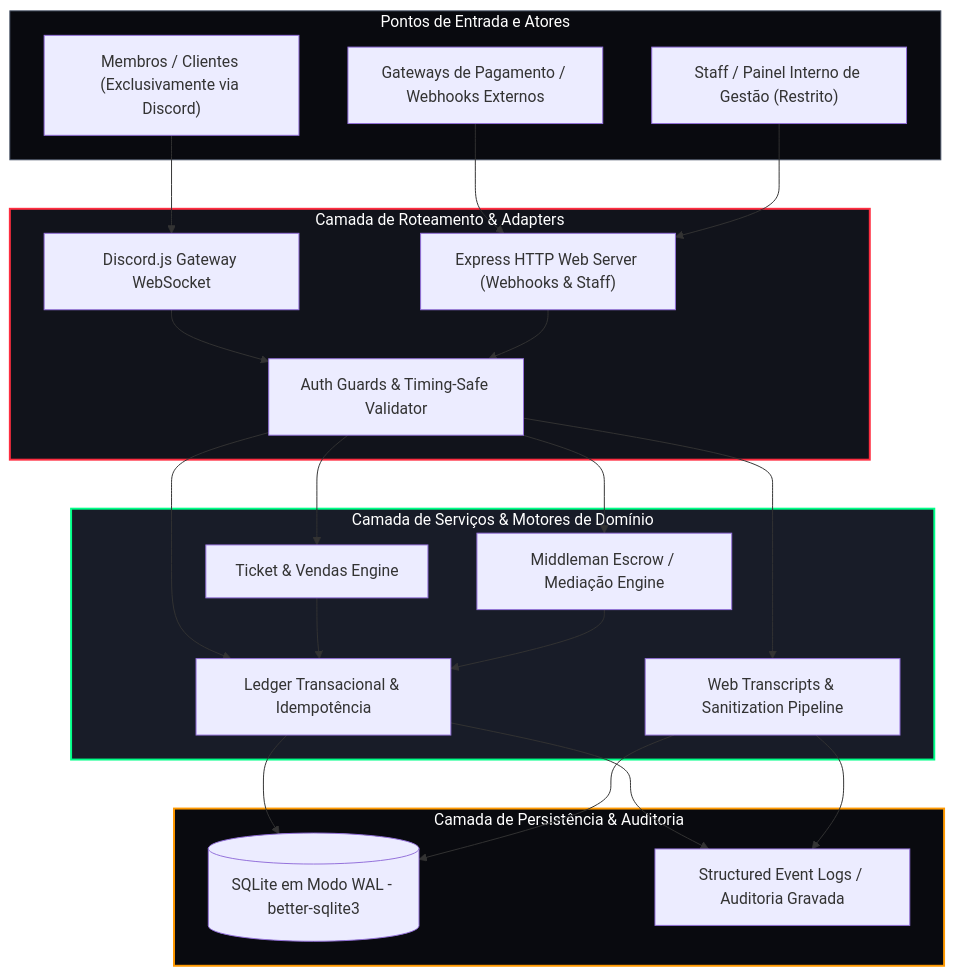
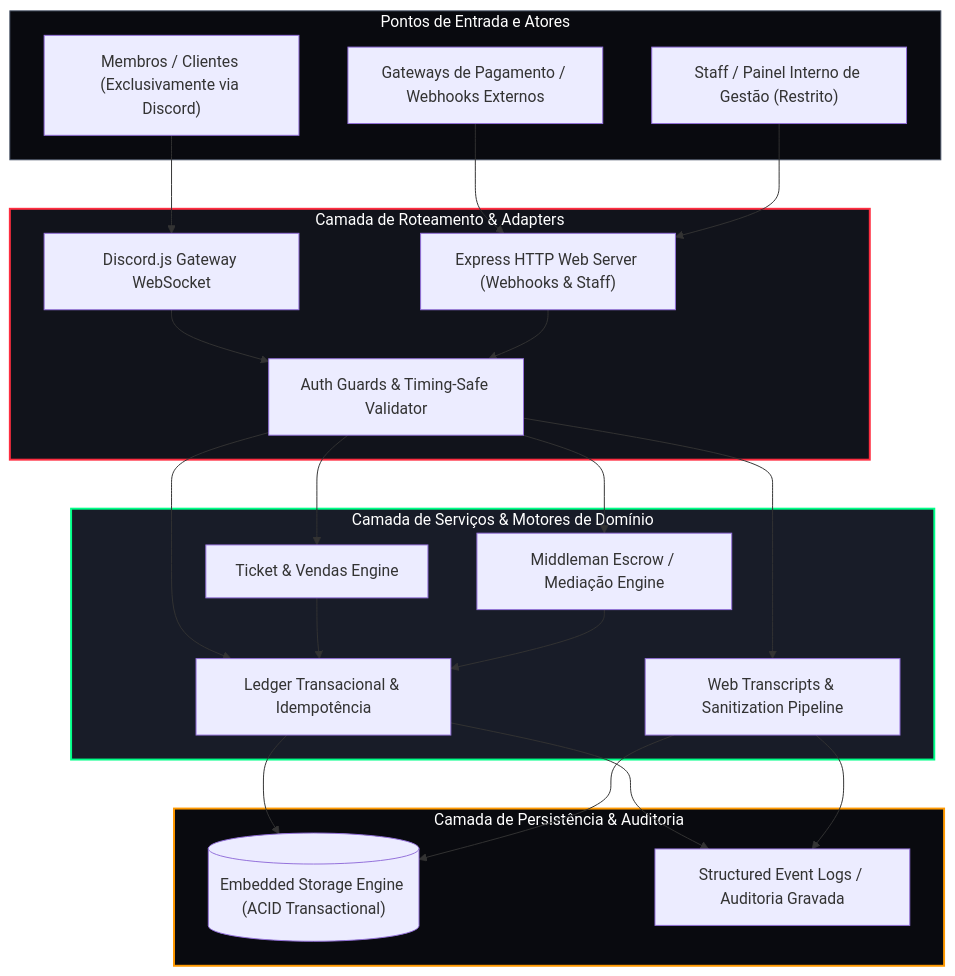
The first of 2 diagrams in ARCHITECTURE.md (HellDevsStudio/hellcore-showcase), drawn with Mermaid before and after one commit. The commit also changed other lines of this file and 3 other files, not shown here.

Commit message:
docs: generalize architecture claims to principle-based without proprietary specifics

````diff
--- a/ARCHITECTURE.md
+++ b/ARCHITECTURE.md
@@ -15,51 +15,51 @@
 ```mermaid
 flowchart TB
     subgraph Clients ["Pontos de Entrada e Atores"]
         U1["Membros / Clientes (Exclusivamente via Discord)"]
         U2["Gateways de Pagamento / Webhooks Externos"]
         U3["Staff / Painel Interno de Gestão (Restrito)"]
     end
 
     subgraph Ingress ["Camada de Roteamento & Adapters"]
         DGW["Discord.js Gateway WebSocket"]
         EXP["Express HTTP Web Server (Webhooks & Staff)"]
         AUTH["Auth Guards & Timing-Safe Validator"]
     end
 
     subgraph Core ["Camada de Serviços & Motores de Domínio"]
         TKT["Ticket & Vendas Engine"]
         ESC["Middleman Escrow / Mediação Engine"]
         TRX["Ledger Transacional & Idempotência"]
         TRS["Web Transcripts & Sanitization Pipeline"]
     end
 
     subgraph Persistence ["Camada de Persistência & Auditoria"]
-        SQL[("SQLite em Modo WAL - better-sqlite3")]
+        SQL[("Embedded Storage Engine (ACID Transactional)")]
         AUD["Structured Event Logs / Auditoria Gravada"]
     end
 
     U1 --> DGW
     U2 --> EXP
     U3 --> EXP
 
     DGW --> AUTH
     EXP --> AUTH
 
     AUTH --> TKT
     AUTH --> ESC
     AUTH --> TRX
     AUTH --> TRS
 
     TKT --> TRX
     ESC --> TRX
 
     TRX --> SQL
     TRS --> SQL
     TRX --> AUD
     TRS --> AUD
 
     style Clients fill:#090a0f,stroke:#4a5568,stroke-width:1px,color:#fff
     style Ingress fill:#11131b,stroke:#ff2d40,stroke-width:2px,color:#fff
     style Core fill:#181c28,stroke:#00ff88,stroke-width:2px,color:#fff
     style Persistence fill:#090a0f,stroke:#ff9900,stroke-width:2px,color:#fff
 ```
````
